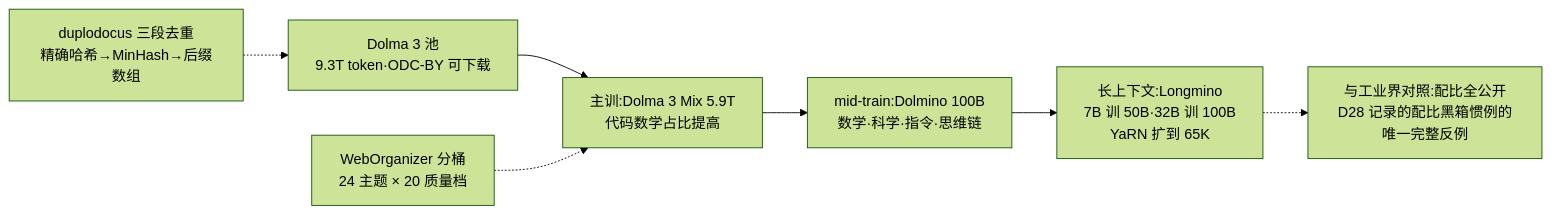
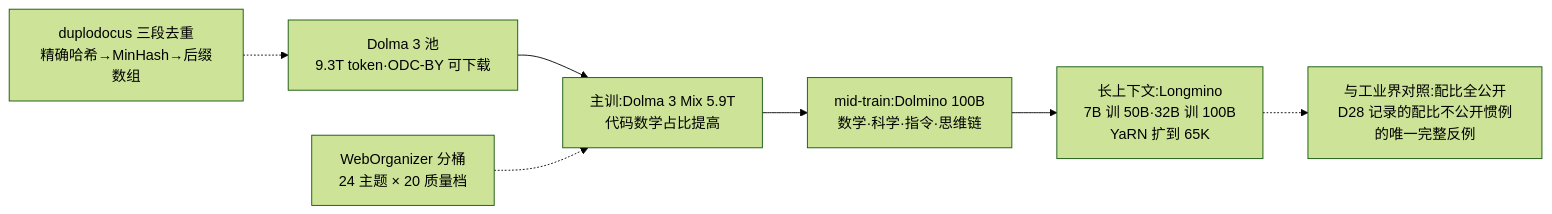
The second of 4 diagrams in docs/blog/dispatch-31-olmo3.md (lloo099/mission44), drawn with Mermaid (forest theme) before and after one commit. The commit also changed other lines of this file and 8 other files, not shown here.

````diff
--- a/docs/blog/dispatch-31-olmo3.md
+++ b/docs/blog/dispatch-31-olmo3.md
@@ -71,14 +71,14 @@
 ```mermaid
 flowchart LR
     POOL["Dolma 3 池<br/>9.3T token·ODC-BY 可下载"]
     MIX["主训:Dolma 3 Mix 5.9T<br/>代码数学占比提高"]
     MID["mid-train:Dolmino 100B<br/>数学·科学·指令·思维链"]
     LONG["长上下文:Longmino<br/>7B 训 50B·32B 训 100B<br/>YaRN 扩到 65K"]
     POOL --> MIX --> MID --> LONG
     DEDUP["duplodocus 三段去重<br/>精确哈希→MinHash→后缀数组"]
     BUCKET["WebOrganizer 分桶<br/>24 主题 × 20 质量档"]
     DEDUP -.-> POOL
     BUCKET -.-> MIX
-    NOTE["与工业界对照:配比全公开<br/>D28 记录的配比黑箱惯例的唯一完整反例"]
+    NOTE["与工业界对照:配比全公开<br/>D28 记录的配比不公开惯例的唯一完整反例"]
     LONG -.-> NOTE
 ```
````
